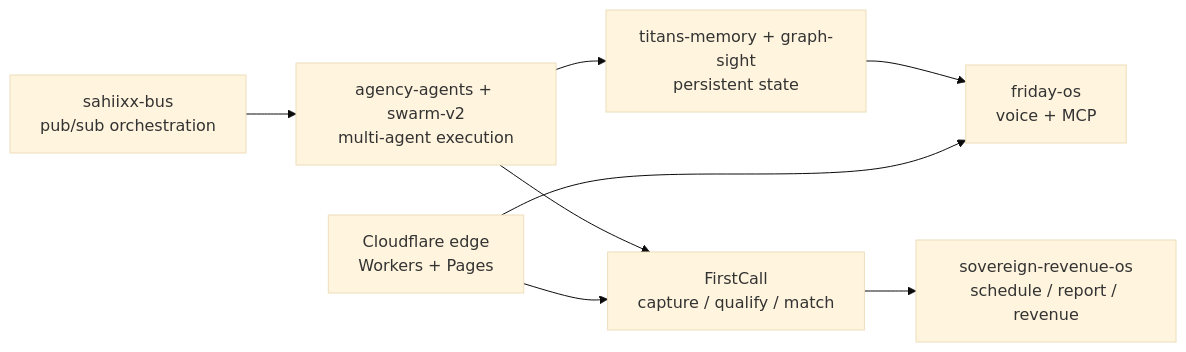
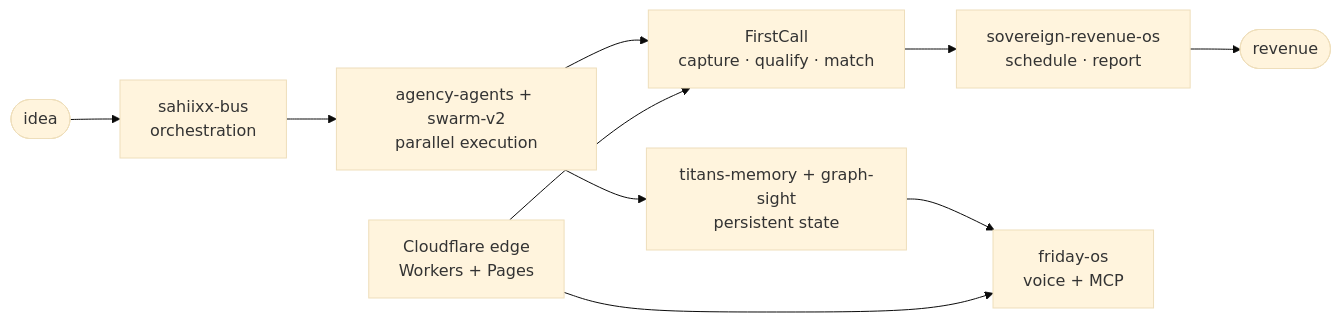
One commit to sahiixx/sahiixx changed the diagram in README.md. Above: the diagram before and after it, drawn with Mermaid (base theme). The commit also changed other lines of this file and 1 other file, not shown here.

````diff
--- a/README.md
+++ b/README.md
@@ -59,10 +64,12 @@
 ```mermaid
 flowchart LR
-    BUS["sahiixx-bus<br/>pub/sub orchestration"] --> SWARM["agency-agents + swarm-v2<br/>multi-agent execution"]
+    IDEA(["idea"]) --> BUS["sahiixx-bus<br/>orchestration"]
+    BUS --> SWARM["agency-agents + swarm-v2<br/>parallel execution"]
     SWARM --> MEM["titans-memory + graph-sight<br/>persistent state"]
-    SWARM --> FC["FirstCall<br/>capture / qualify / match"]
-    FC --> REV["sovereign-revenue-os<br/>schedule / report / revenue"]
+    SWARM --> FC["FirstCall<br/>capture · qualify · match"]
+    FC --> REV["sovereign-revenue-os<br/>schedule · report"]
     MEM --> PA["friday-os<br/>voice + MCP"]
     EDGE["Cloudflare edge<br/>Workers + Pages"] --> FC
     EDGE --> PA
+    REV --> OUT(["revenue"])
 ```
````
